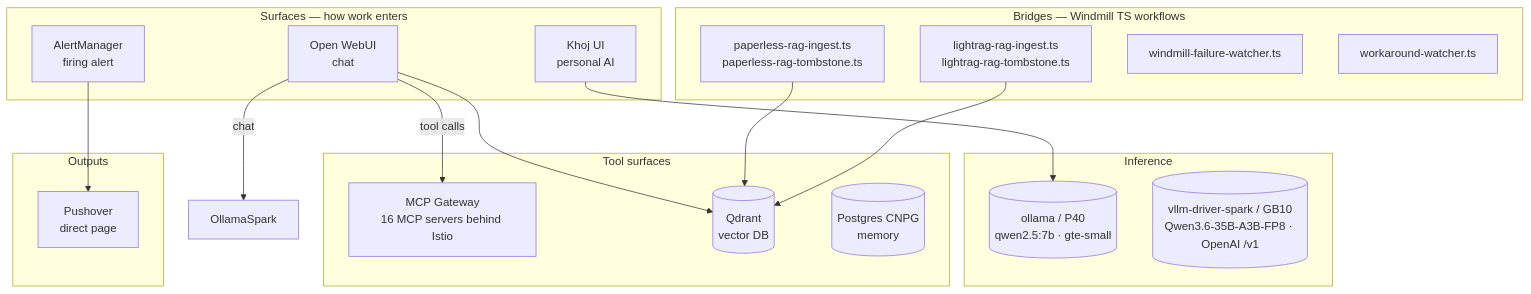
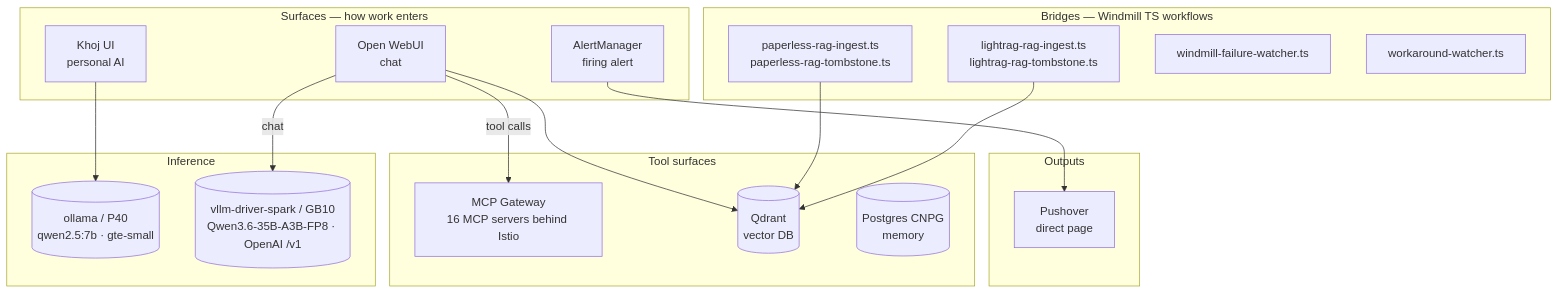
Before and after one commit to rwlove/home-ops: the diagram in docs/src/ai_architecture.md, drawn with Mermaid. The commit also changed 12 other files, not shown here.

````diff
--- a/docs/src/ai_architecture.md
+++ b/docs/src/ai_architecture.md
@@ -23,39 +23,39 @@
 ```mermaid
 flowchart TB
     subgraph Surfaces[Surfaces — how work enters]
         OWUI[Open WebUI<br/>chat]
         Khoj[Khoj UI<br/>personal AI]
         AM[AlertManager<br/>firing alert]
     end
 
     subgraph Bridges[Bridges — Windmill TS workflows]
         WPaperless[paperless-rag-ingest.ts<br/>paperless-rag-tombstone.ts]
         WLightrag[lightrag-rag-ingest.ts<br/>lightrag-rag-tombstone.ts]
         WFail[windmill-failure-watcher.ts]
         WWork[workaround-watcher.ts]
     end
 
     subgraph Inference[Inference]
         OllamaP40[(ollama / P40<br/>qwen2.5:7b · gte-small)]
         VllmDriver[(vllm-driver-spark / GB10<br/>Qwen3.6-35B-A3B-FP8 · OpenAI /v1)]
     end
 
     subgraph Tools[Tool surfaces]
         Gw[MCP Gateway<br/>16 MCP servers behind Istio]
         Q[(Qdrant<br/>vector DB)]
         PG[(Postgres CNPG<br/>memory)]
     end
 
     subgraph Outputs[Outputs]
         Push[Pushover<br/>direct page]
     end
 
-    OWUI -->|chat| OllamaSpark
+    OWUI -->|chat| VllmDriver
     OWUI -->|tool calls| Gw
     OWUI --> Q
     Khoj --> OllamaP40
     AM --> Push
 
     WPaperless --> Q
     WLightrag --> Q
 ```
````
